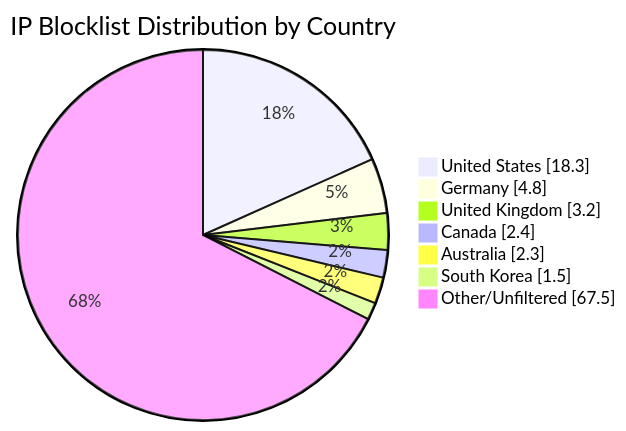
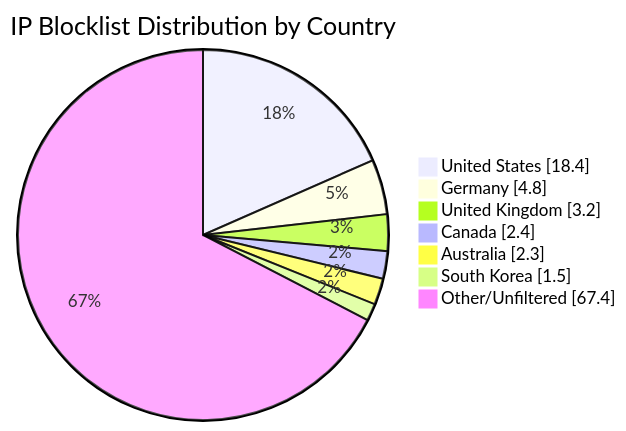
One commit to MarcusHoltz/ipblocklist-geofiltered-aggregator changed the diagram in README.md. Above: the diagram before and after it, drawn with Mermaid. The commit also changed other lines of this file and 9 other files, not shown here.

````diff
--- a/README.md
+++ b/README.md
@@ -34,10 +34,10 @@
 ```mermaid
 pie showData title IP Blocklist Distribution by Country
-"United States" : 18.3
+"United States" : 18.4
 "Germany" : 4.8
 "United Kingdom" : 3.2
 "Canada" : 2.4
 "Australia" : 2.3
 "South Korea" : 1.5
-"Other/Unfiltered" : 67.5
+"Other/Unfiltered" : 67.4
 ```
````
